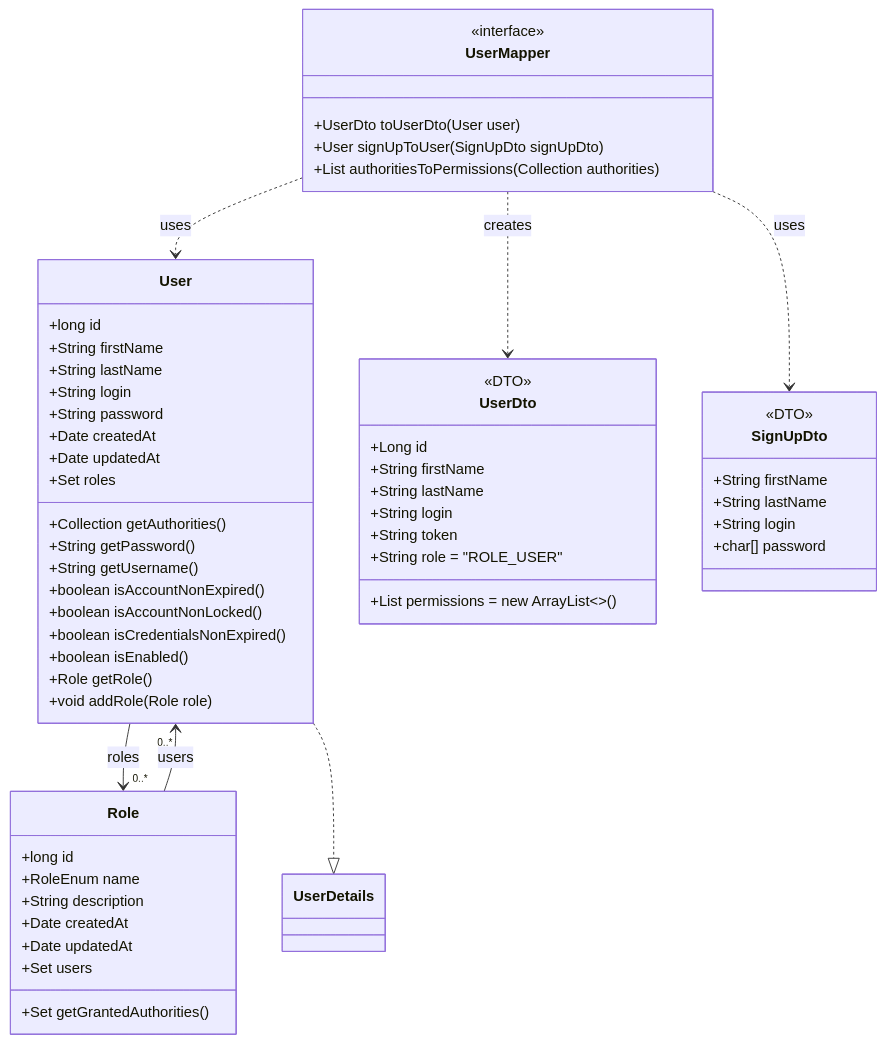
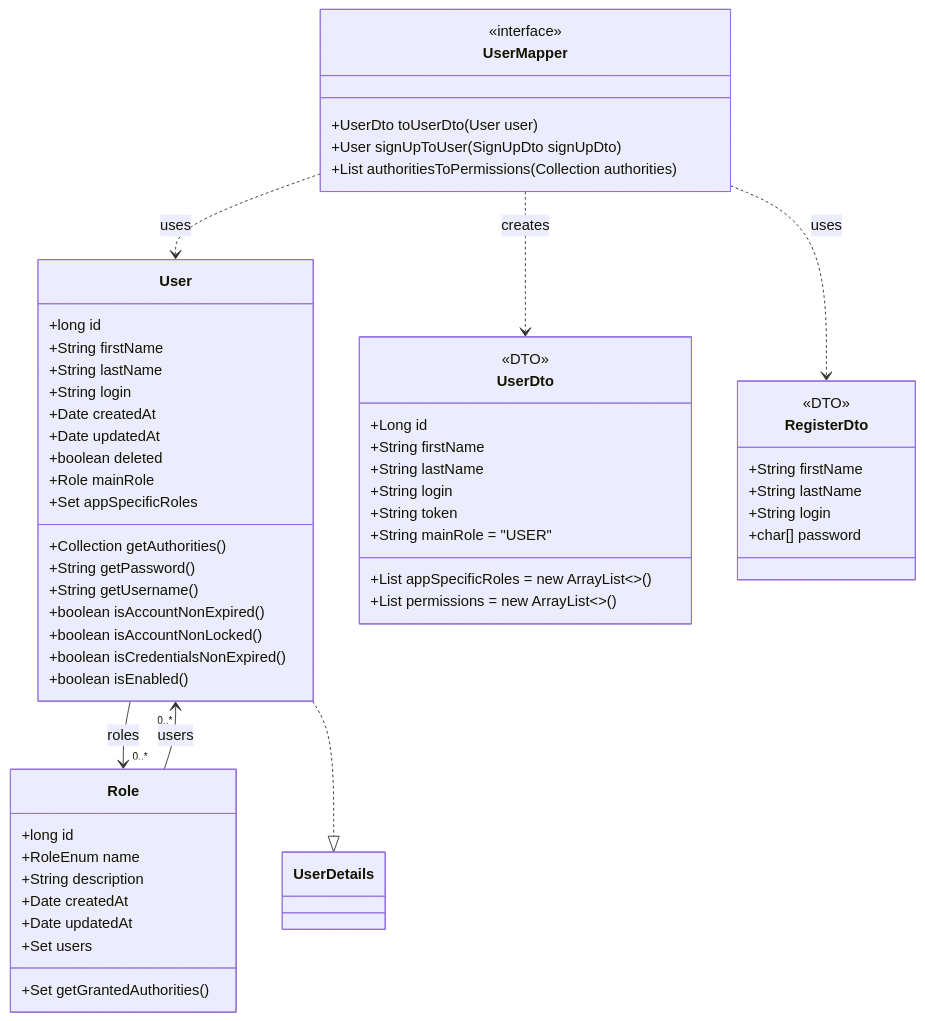
One commit to OrifInformatique/template_frontback changed the second of 4 diagrams in doc/process-documentation.md. Above: the diagram before and after it, drawn with Mermaid. The commit also changed other lines of this file and 1 other file, not shown here.

````diff
--- a/doc/process-documentation.md
+++ b/doc/process-documentation.md
@@ -170,66 +154,66 @@
 ```mermaid
 classDiagram
     class User {
         +long id
         +String firstName
         +String lastName
         +String login
-        +String password
         +Date createdAt
         +Date updatedAt
-        +Set<Role> roles
+        +boolean deleted
+        +Role mainRole
+        +Set<Role> appSpecificRoles
         +Collection<GrantedAuthority> getAuthorities()
         +String getPassword()
         +String getUsername()
         +boolean isAccountNonExpired()
         +boolean isAccountNonLocked()
         +boolean isCredentialsNonExpired()
         +boolean isEnabled()
-        +Role getRole()
-        +void addRole(Role role)
     }
 
     class Role {
         +long id
         +RoleEnum name
         +String description
         +Date createdAt
         +Date updatedAt
         +Set<User> users
         +Set<SimpleGrantedAuthority> getGrantedAuthorities()
     }
 
     class UserDto {
         <<DTO>>
         +Long id
         +String firstName
         +String lastName
         +String login
         +String token
-        +String role = "ROLE_USER"
+        +String mainRole = "USER"
+        +List<String> appSpecificRoles = new ArrayList<>()
         +List<String> permissions = new ArrayList<>()
     }
 
-    class SignUpDto {
+    class RegisterDto {
         <<DTO>>
         +String firstName
         +String lastName
         +String login
         +char[] password
     }
 
     class UserMapper {
         <<interface>>
         +UserDto toUserDto(User user)
         +User signUpToUser(SignUpDto signUpDto)
         +List<String> authoritiesToPermissions(Collection<GrantedAuthority> authorities)
     }
 
     %% Relationships
     User --> "0..*" Role : roles
     Role --> "0..*" User : users
     UserMapper ..> User : uses
     UserMapper ..> UserDto : creates
-    UserMapper ..> SignUpDto : uses
+    UserMapper ..> RegisterDto : uses
     User ..|> UserDetails
 ```
````
